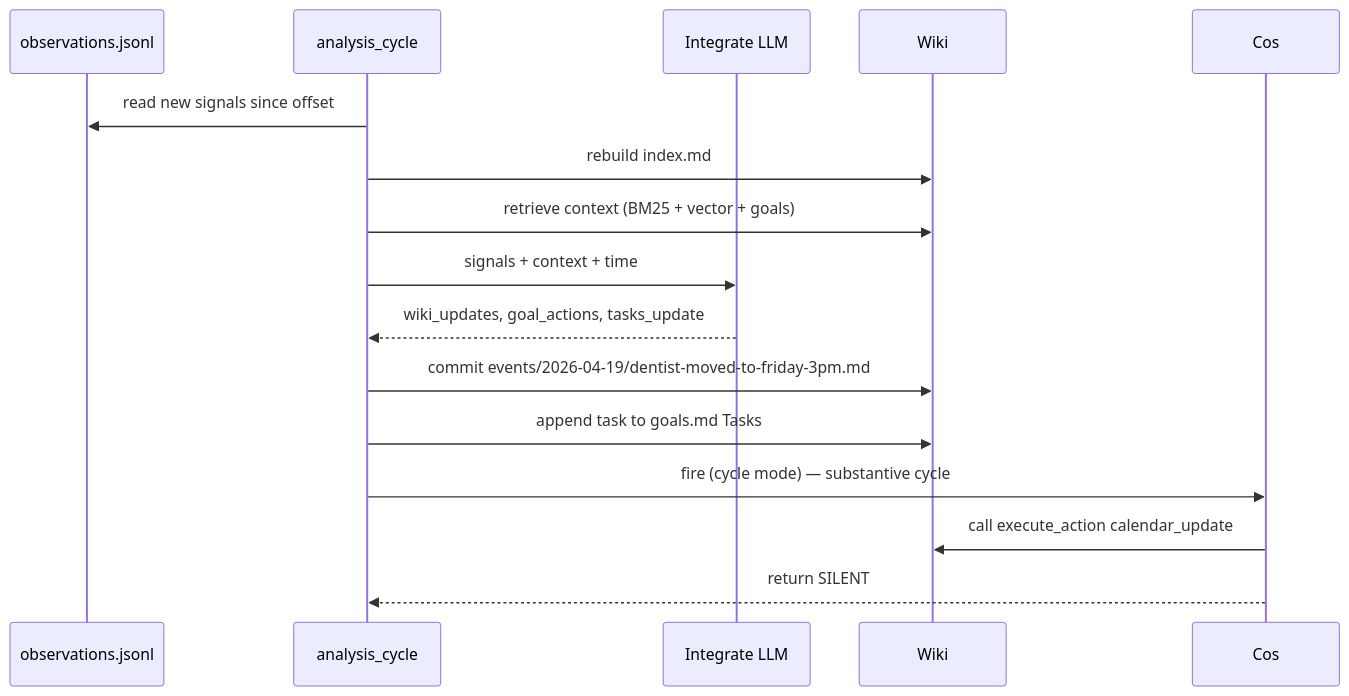
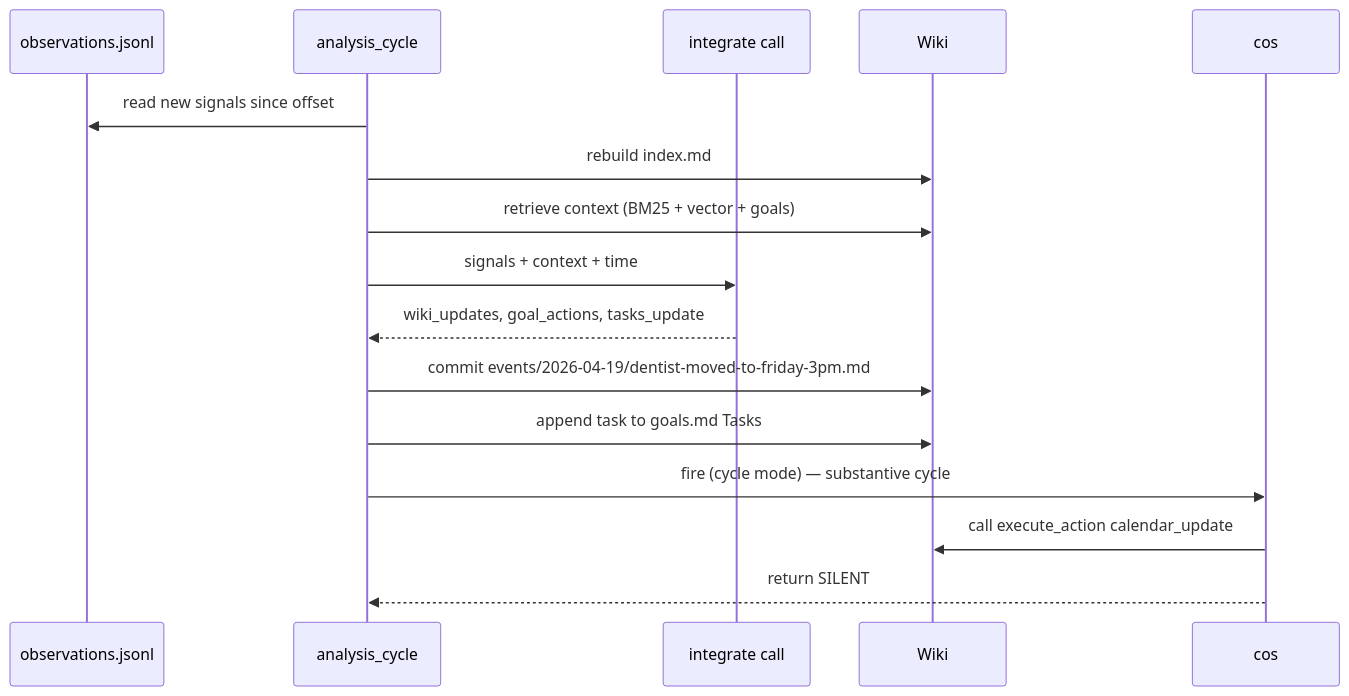
Before and after one commit to dwurtz/lighthouse: the second of 4 diagrams in docs-site/docs/day-in-the-life.md, drawn with Mermaid. The commit also changed other lines of this file and 11 other files, not shown here.

````diff
--- a/docs-site/docs/day-in-the-life.md
+++ b/docs-site/docs/day-in-the-life.md
@@ -47,19 +47,19 @@
 ```mermaid
 sequenceDiagram
     participant Obs as observations.jsonl
     participant Analysis as analysis_cycle
-    participant LLM as Integrate LLM
+    participant LLM as integrate call
     participant Wiki
-    participant Cos
+    participant Cos as cos
 
     Analysis->>Obs: read new signals since offset
     Analysis->>Wiki: rebuild index.md
     Analysis->>Wiki: retrieve context (BM25 + vector + goals)
     Analysis->>LLM: signals + context + time
     LLM-->>Analysis: wiki_updates, goal_actions, tasks_update
     Analysis->>Wiki: commit events/2026-04-19/dentist-moved-to-friday-3pm.md
     Analysis->>Wiki: append task to goals.md Tasks
     Analysis->>Cos: fire (cycle mode) — substantive cycle
     Cos->>Wiki: call execute_action calendar_update
     Cos-->>Analysis: return SILENT
 ```
````
